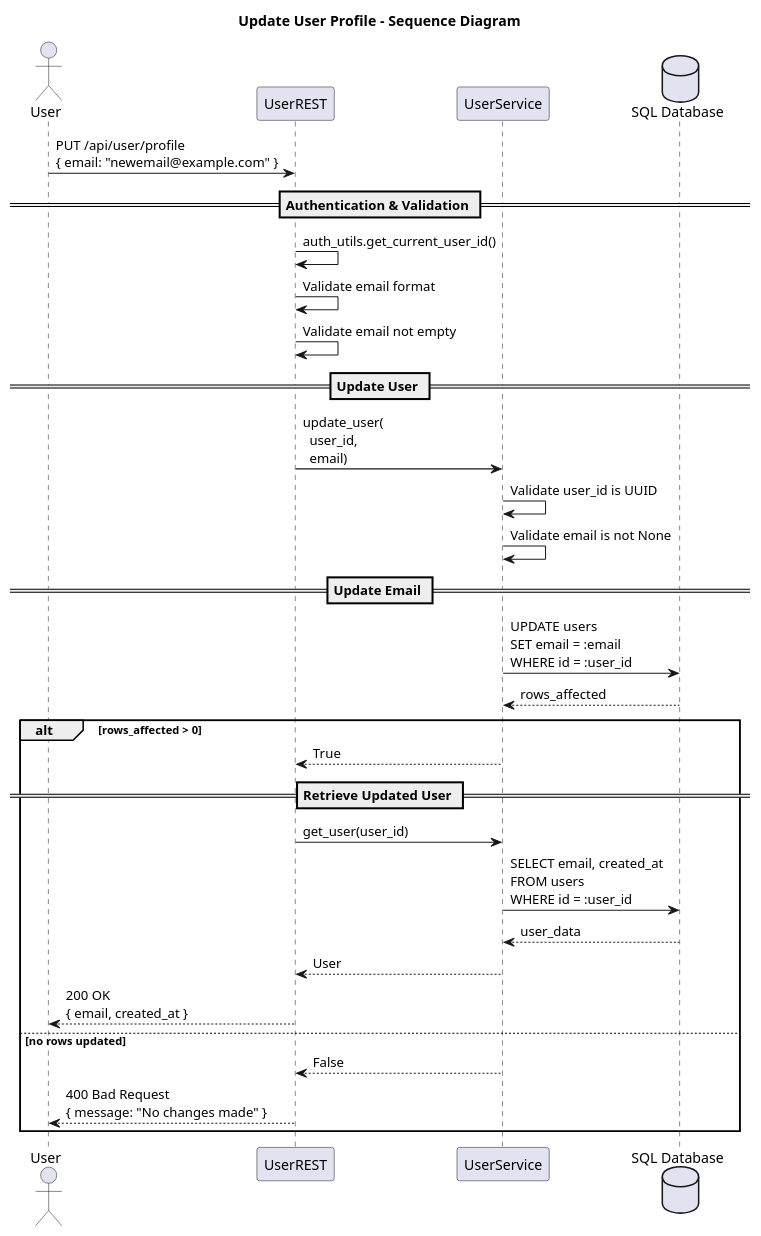
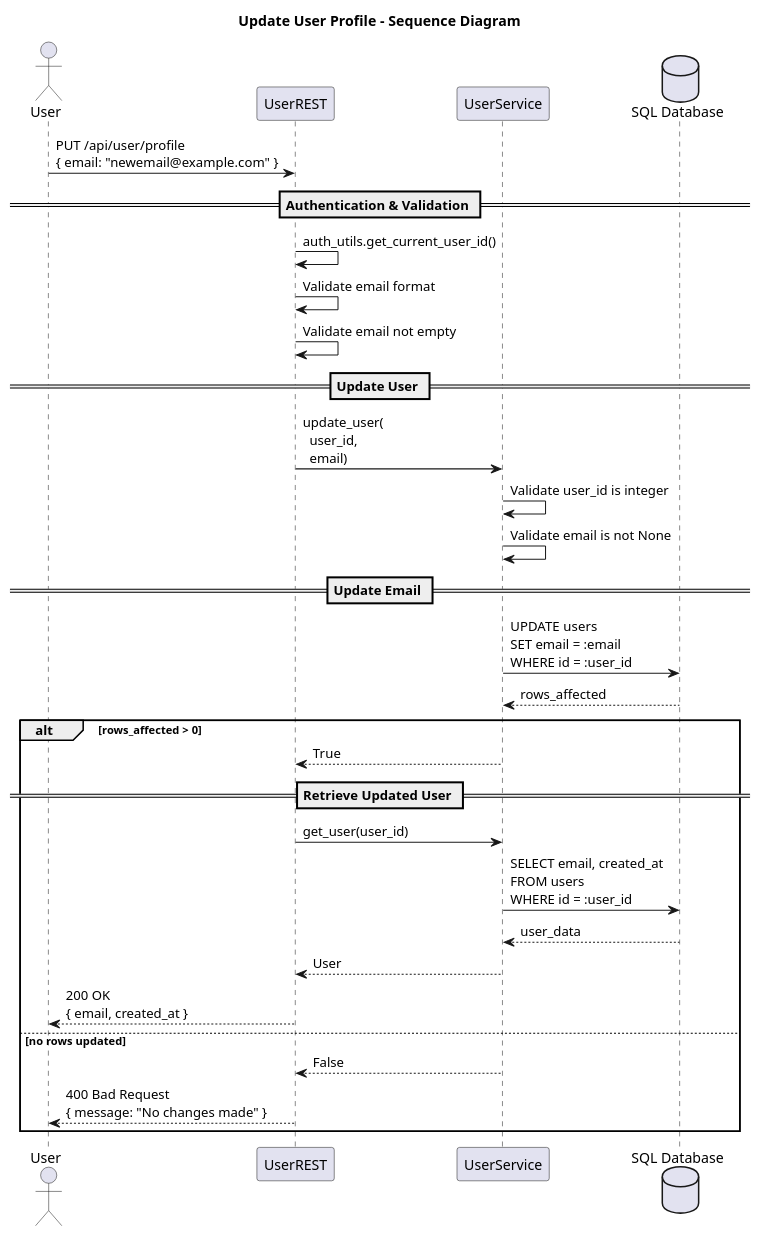
One commit to PhilippXXY/ticker-cal-tracker changed the diagram in docs/uml/sequence_diagram_update_user_preference_settings.puml. Above: the diagram before and after it, drawn with PlantUML. The commit also changed 6 other files, not shown here.

Commit message:
Update UML diagrams to reflect recent changes

```diff
--- a/docs/uml/sequence_diagram_update_user_preference_settings.puml
+++ b/docs/uml/sequence_diagram_update_user_preference_settings.puml
@@ -1,42 +1,42 @@
 @startuml sequence_diagram_update_user_preference_settings
 title Update User Profile - Sequence Diagram
 
 actor User
 participant "UserREST" as REST
 participant "UserService" as SVC
 database "SQL Database" as DB
 
 
 User -> REST: PUT /api/user/profile\n{ email: "newemail@example.com" }
 
 == Authentication & Validation ==
 REST -> REST: auth_utils.get_current_user_id()
 REST -> REST: Validate email format
 REST -> REST: Validate email not empty
 
 == Update User ==
 REST -> SVC: update_user(\n  user_id,\n  email)
 
-SVC -> SVC: Validate user_id is UUID
+SVC -> SVC: Validate user_id is integer
 SVC -> SVC: Validate email is not None
 
 == Update Email ==
 SVC -> DB: UPDATE users\nSET email = :email\nWHERE id = :user_id
 DB --> SVC: rows_affected
 
 alt rows_affected > 0
   SVC --> REST: True
   
   == Retrieve Updated User ==
   REST -> SVC: get_user(user_id)
   SVC -> DB: SELECT email, created_at\nFROM users\nWHERE id = :user_id
   DB --> SVC: user_data
   SVC --> REST: User
   
   REST --> User: 200 OK\n{ email, created_at }
 else no rows updated
   SVC --> REST: False
   REST --> User: 400 Bad Request\n{ message: "No changes made" }
 end
 
 @enduml
```
